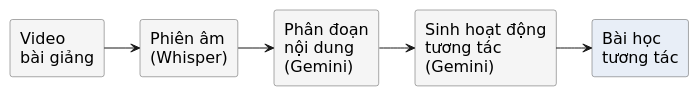
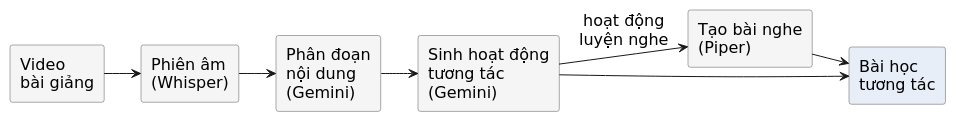
Before and after one commit to tuyennguyentech/bachelor-thesis: the diagram in tex/main/Hinhve/chuong_3/quytrinhai.puml, drawn with PlantUML. The commit also changed 66 other files, not shown here.

```diff
--- a/tex/main/Hinhve/chuong_3/quytrinhai.puml
+++ b/tex/main/Hinhve/chuong_3/quytrinhai.puml
@@ -1,22 +1,25 @@
 @startuml quytrinhai
 !pragma layout smetana
 left to right direction
 skinparam defaultFontName "DejaVu Sans"
 skinparam defaultFontSize 16
 skinparam shadowing false
 skinparam rectangle {
   BackgroundColor #F5F5F5
   BorderColor #555555
 }
 
 rectangle "Video\nbài giảng" as V
 rectangle "Phiên âm\n(Whisper)" as STT
 rectangle "Phân đoạn\nnội dung\n(Gemini)" as CHUNK
 rectangle "Sinh hoạt động\ntương tác\n(Gemini)" as GEN
+rectangle "Tạo bài nghe\n(Piper)" as TTS
 rectangle "Bài học\ntương tác" as OUT #E8EEF7
 
 V --> STT
 STT --> CHUNK
 CHUNK --> GEN
 GEN --> OUT
+GEN --> TTS : hoạt động\nluyện nghe
+TTS --> OUT
 @enduml
```
